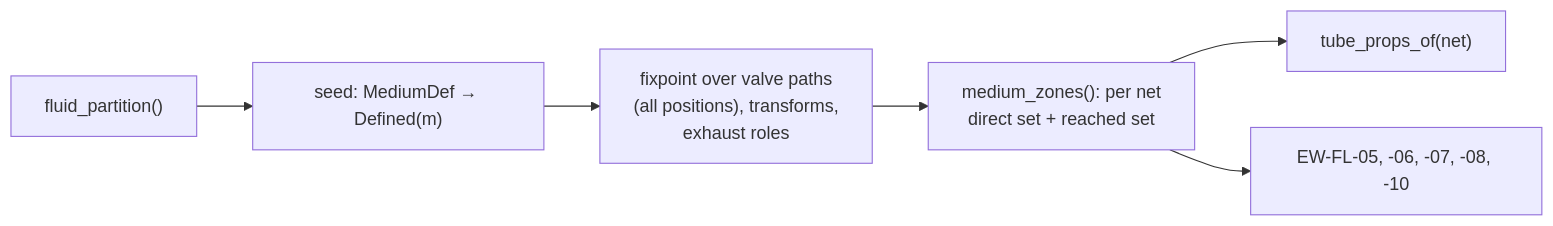
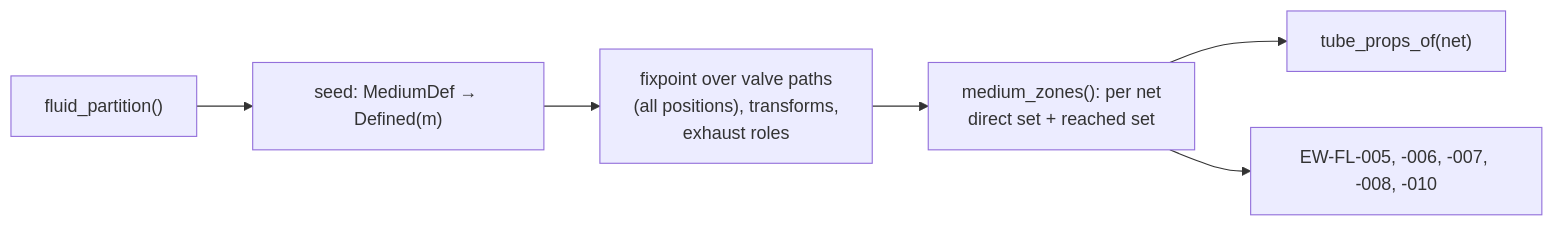
The second of 2 diagrams in docs/design/11-fluid-power.md (Ironkode787/ElektraWatt), drawn with Mermaid before and after one commit. The commit also changed other lines of this file and 51 other files, not shown here.

````diff
--- a/docs/design/11-fluid-power.md
+++ b/docs/design/11-fluid-power.md
@@ -416,8 +419,8 @@
 ```mermaid
 flowchart LR
   P["fluid_partition()"] --> S["seed: MediumDef → Defined(m)"]
   S --> F["fixpoint over valve paths<br/>(all positions), transforms,<br/>exhaust roles"]
   F --> Z["medium_zones(): per net<br/>direct set + reached set"]
   Z --> T["tube_props_of(net)"]
-  Z --> C["EW-FL-05, -06, -07, -08, -10"]
+  Z --> C["EW-FL-005, -006, -007, -008, -010"]
 ```
````
